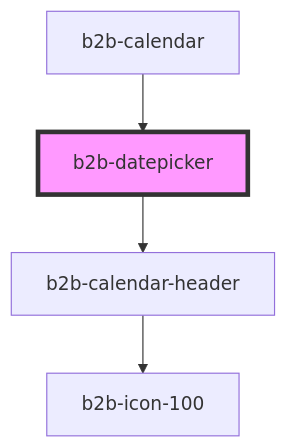
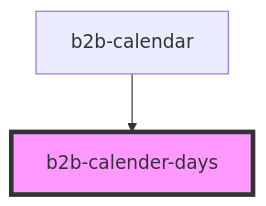
Before and after one commit to otto-de/b2b-design-system: the diagram in packages/core-components/src/components/calendar/readme.md, drawn with Mermaid. The commit also changed other lines of this file and 15 other files, not shown here.

````diff
--- a/packages/core-components/src/components/calendar/readme.md
+++ b/packages/core-components/src/components/calendar/readme.md
@@ -35,7 +24,5 @@
 ```mermaid
 graph TD;
-  b2b-datepicker --> b2b-calendar-header
-  b2b-calendar-header --> b2b-icon-100
-  b2b-calendar --> b2b-datepicker
-  style b2b-datepicker fill:#f9f,stroke:#333,stroke-width:4px
+  b2b-calendar --> b2b-calender-days
+  style b2b-calender-days fill:#f9f,stroke:#333,stroke-width:4px
 ```
````
